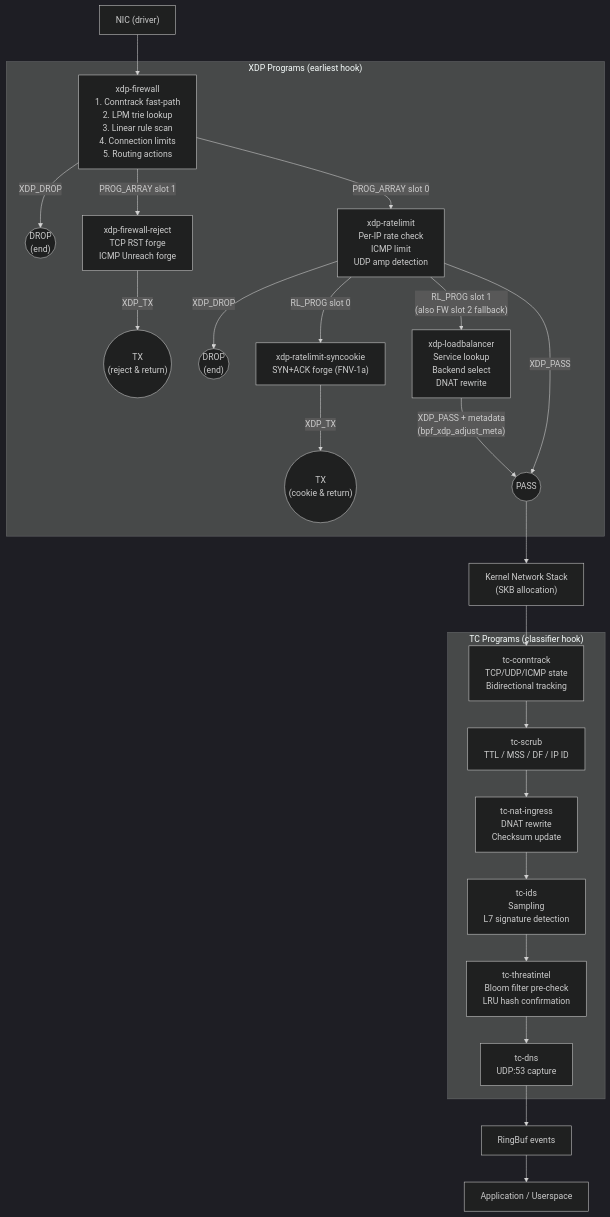
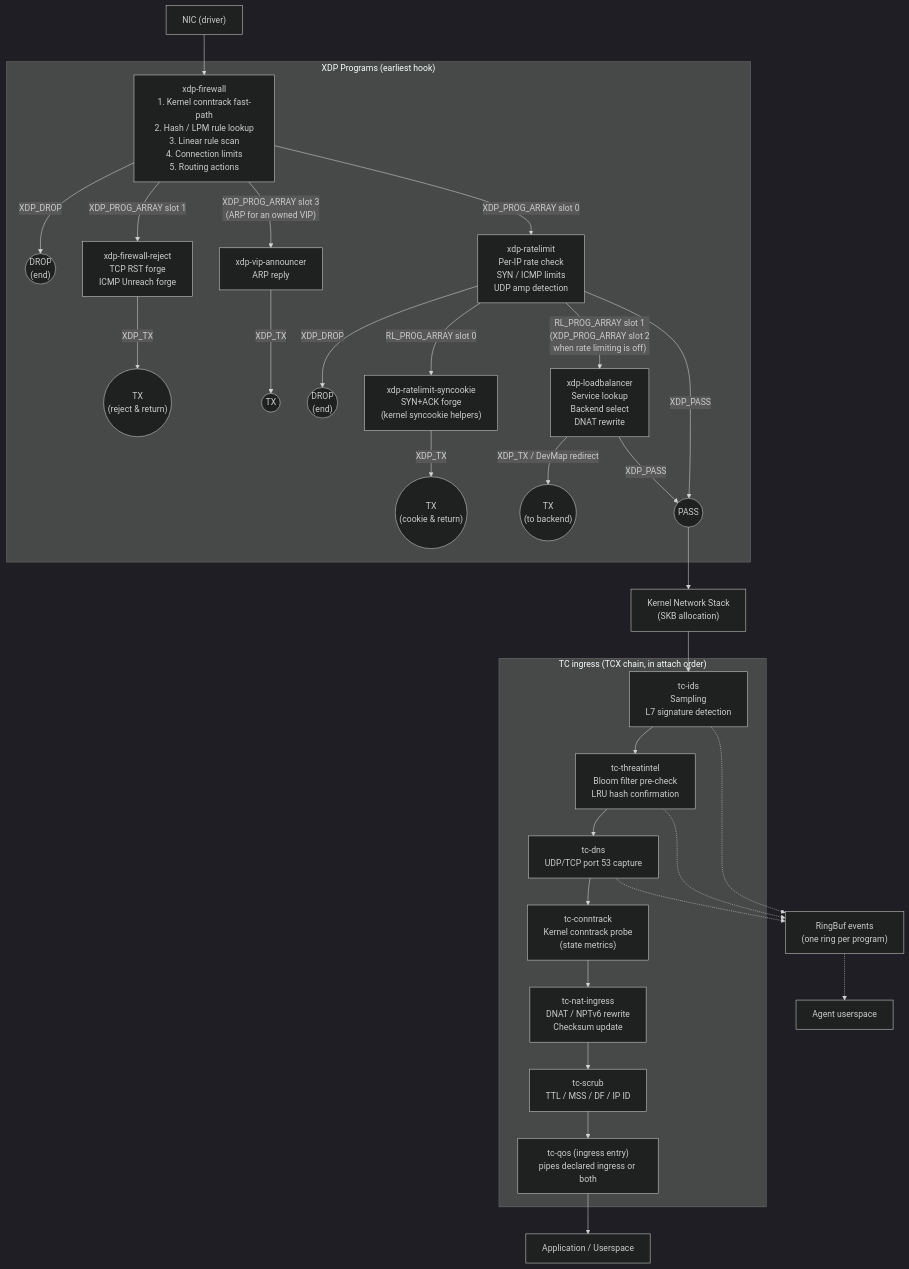
The first of 3 diagrams in docs/kernel/pipeline.md (ebpfsentinel/ebpfsentinel-docs), drawn with Mermaid (dark theme) before and after one commit. The commit also changed other lines of this file and 2 other files, not shown here.

Commit message:
docs(kernel): describe the pipeline and every program as the code runs them

````diff
--- a/docs/kernel/pipeline.md
+++ b/docs/kernel/pipeline.md
@@ -7,39 +7,47 @@
 ```mermaid
 flowchart TD
     NIC["NIC (driver)"]
 
     subgraph XDP["XDP Programs (earliest hook)"]
-        FW["xdp-firewall\n1. Conntrack fast-path\n2. LPM trie lookup\n3. Linear rule scan\n4. Connection limits\n5. Routing actions"]
+        FW["xdp-firewall\n1. Kernel conntrack fast-path\n2. Hash / LPM rule lookup\n3. Linear rule scan\n4. Connection limits\n5. Routing actions"]
         FW -->|XDP_DROP| DROP1(("DROP\n(end)"))
-        FW -->|"PROG_ARRAY slot 1"| REJECT["xdp-firewall-reject\nTCP RST forge\nICMP Unreach forge"]
+        FW -->|"XDP_PROG_ARRAY slot 1"| REJECT["xdp-firewall-reject\nTCP RST forge\nICMP Unreach forge"]
         REJECT -->|XDP_TX| REJECT_OUT(("TX\n(reject & return)"))
-        FW -->|"PROG_ARRAY slot 0"| RL["xdp-ratelimit\nPer-IP rate check\nICMP limit\nUDP amp detection"]
+        FW -->|"XDP_PROG_ARRAY slot 3\n(ARP for an owned VIP)"| VIP["xdp-vip-announcer\nARP reply"]
+        VIP -->|XDP_TX| VIP_OUT(("TX"))
+        FW -->|"XDP_PROG_ARRAY slot 0"| RL["xdp-ratelimit\nPer-IP rate check\nSYN / ICMP limits\nUDP amp detection"]
         RL -->|XDP_DROP| DROP2(("DROP\n(end)"))
-        RL -->|"RL_PROG slot 0"| SYNCOOKIE["xdp-ratelimit-syncookie\nSYN+ACK forge (FNV-1a)"]
+        RL -->|"RL_PROG_ARRAY slot 0"| SYNCOOKIE["xdp-ratelimit-syncookie\nSYN+ACK forge\n(kernel syncookie helpers)"]
         SYNCOOKIE -->|XDP_TX| COOKIE_OUT(("TX\n(cookie & return)"))
-        RL -->|"RL_PROG slot 1\n(also FW slot 2 fallback)"| LB["xdp-loadbalancer\nService lookup\nBackend select\nDNAT rewrite"]
-        LB -->|"XDP_PASS + metadata\n(bpf_xdp_adjust_meta)"| XDP_PASS(("PASS"))
+        RL -->|"RL_PROG_ARRAY slot 1\n(XDP_PROG_ARRAY slot 2\nwhen rate limiting is off)"| LB["xdp-loadbalancer\nService lookup\nBackend select\nDNAT rewrite"]
+        LB -->|"XDP_TX / DevMap redirect"| LB_OUT(("TX\n(to backend)"))
+        LB -->|XDP_PASS| XDP_PASS(("PASS"))
         RL -->|XDP_PASS| XDP_PASS
     end
 
     STACK["Kernel Network Stack\n(SKB allocation)"]
 
-    subgraph TC["TC Programs (classifier hook)"]
-        CONNTRACK["tc-conntrack\nTCP/UDP/ICMP state\nBidirectional tracking"]
-        SCRUB["tc-scrub\nTTL / MSS / DF / IP ID"]
-        NAT_IN["tc-nat-ingress\nDNAT rewrite\nChecksum update"]
+    subgraph TC["TC ingress (TCX chain, in attach order)"]
         IDS["tc-ids\nSampling\nL7 signature detection"]
         THREATINTEL["tc-threatintel\nBloom filter pre-check\nLRU hash confirmation"]
-        DNS["tc-dns\nUDP:53 capture"]
+        DNS["tc-dns\nUDP/TCP port 53 capture"]
+        CONNTRACK["tc-conntrack\nKernel conntrack probe\n(state metrics)"]
+        NAT_IN["tc-nat-ingress\nDNAT / NPTv6 rewrite\nChecksum update"]
+        SCRUB["tc-scrub\nTTL / MSS / DF / IP ID"]
+        QOS_IN["tc-qos (ingress entry)\npipes declared ingress or both"]
 
-        CONNTRACK --> SCRUB --> NAT_IN --> IDS --> THREATINTEL --> DNS
+        IDS --> THREATINTEL --> DNS --> CONNTRACK --> NAT_IN --> SCRUB --> QOS_IN
     end
 
-    RINGBUF["RingBuf events"]
+    RINGBUF["RingBuf events\n(one ring per program)"]
     APP["Application / Userspace"]
 
     NIC --> FW
     XDP_PASS --> STACK
-    STACK --> CONNTRACK
-    DNS --> RINGBUF --> APP
+    STACK --> IDS
+    QOS_IN --> APP
+    IDS -.-> RINGBUF
+    THREATINTEL -.-> RINGBUF
+    DNS -.-> RINGBUF
+    RINGBUF -.-> AGENT["Agent userspace"]
 ```
````
